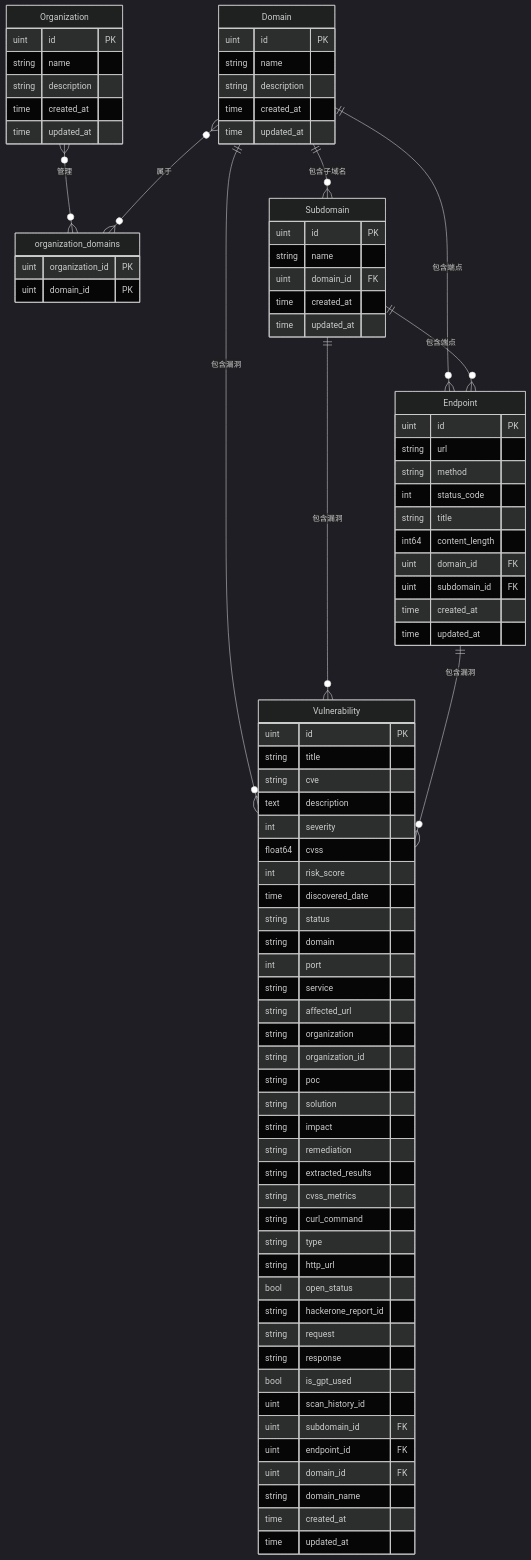
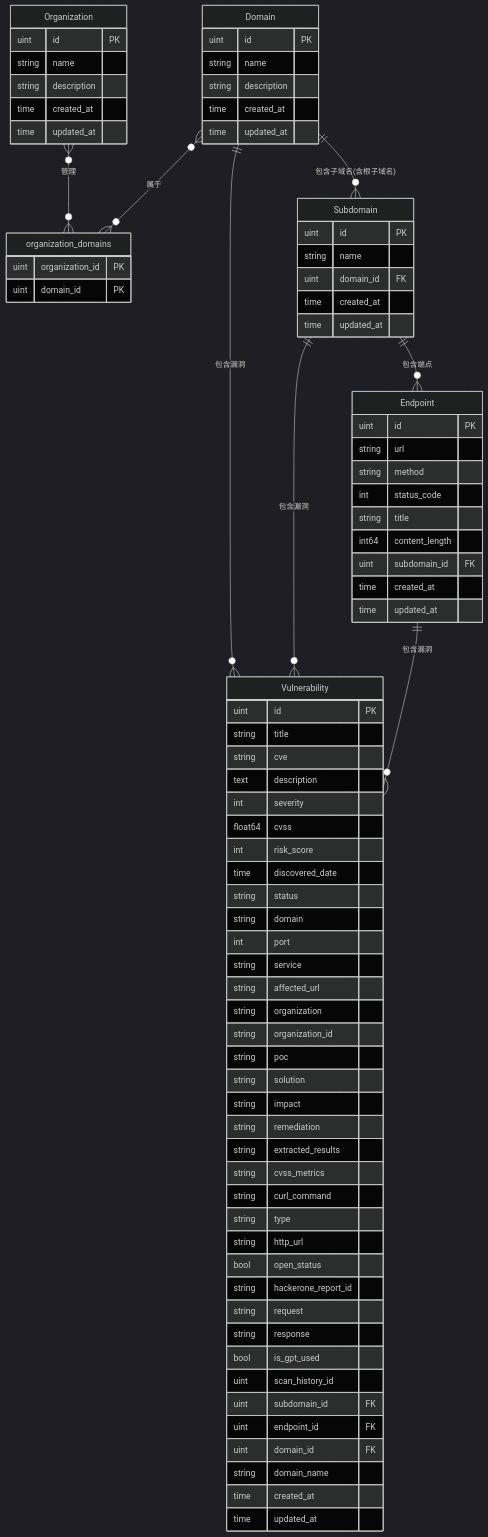
The diagram in docs/当前模型设计.md (yyhuni/my-vulun-scan), drawn with Mermaid (dark theme) before and after one commit. The commit also changed other lines of this file and 9 other files, not shown here.

```diff
--- a/docs/当前模型设计.md
+++ b/docs/当前模型设计.md
@@ -190,8 +192,7 @@
 erDiagram
     Organization }o--o{ organization_domains : "管理"
     Domain }o--o{ organization_domains : "属于"
-    Domain ||--o{ Subdomain : "包含子域名"
-    Domain ||--o{ Endpoint : "包含端点"
+    Domain ||--o{ Subdomain : "包含子域名(含根子域名)"
     Domain ||--o{ Vulnerability : "包含漏洞"
     Subdomain ||--o{ Endpoint : "包含端点"
     Subdomain ||--o{ Vulnerability : "包含漏洞"
@@ -228,7 +229,6 @@
         int status_code
         string title
         int64 content_length
-        uint domain_id FK
         uint subdomain_id FK
         time created_at
         time updated_at
```
